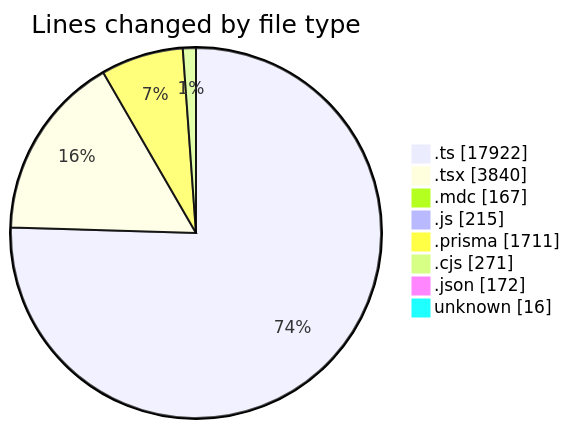
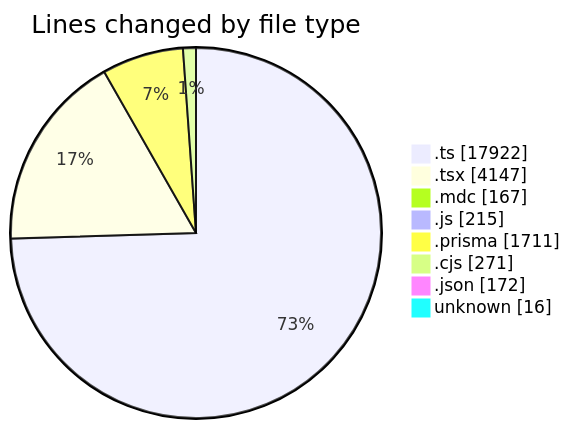
Before and after one commit to CELIANVF/code-tracking: the first of 2 diagrams in 2025-06-06/ecodeli-1/README.md, drawn with Mermaid. The commit also changed other lines of this file and 1 other file, not shown here.

````diff
--- a/2025-06-06/ecodeli-1/README.md
+++ b/2025-06-06/ecodeli-1/README.md
@@ -90,12 +90,12 @@
 ```mermaid
 pie showData
 title Lines changed by file type
 ".ts" : 17922
-".tsx" : 3840
+".tsx" : 4147
 ".mdc" : 167
 ".js" : 215
 ".prisma" : 1711
 ".cjs" : 271
 ".json" : 172
 "unknown" : 16
 ```
````
